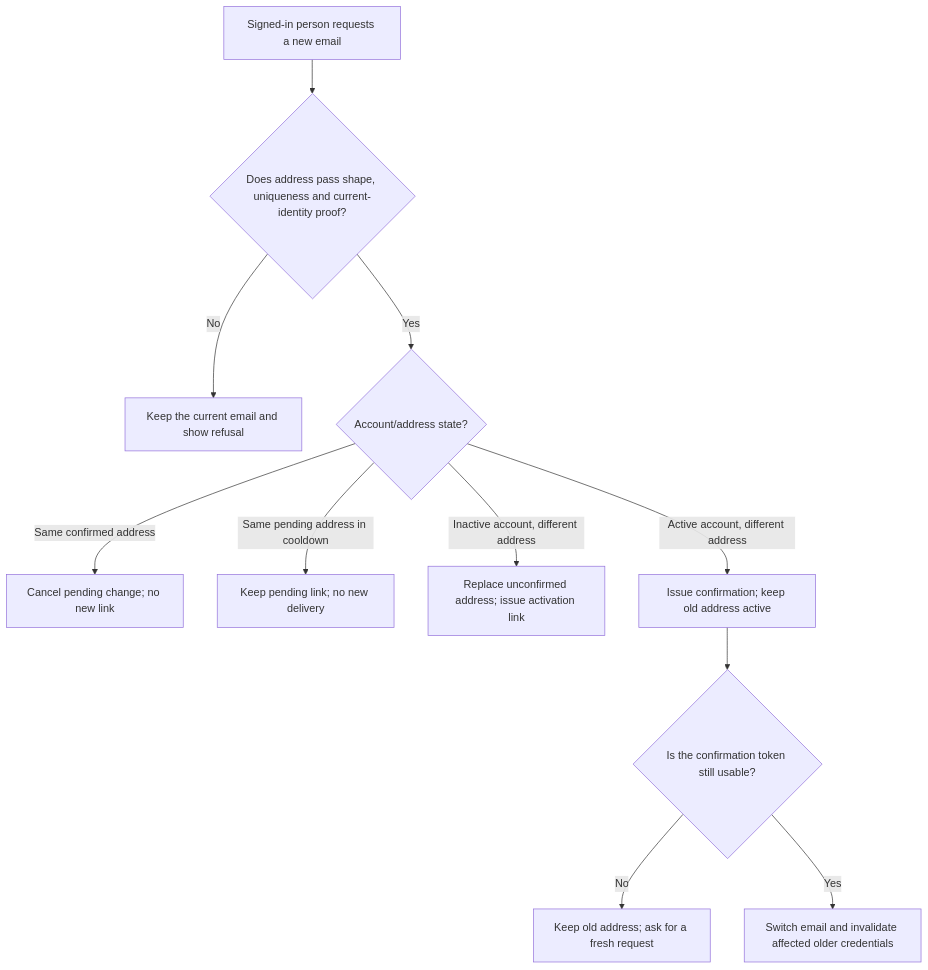
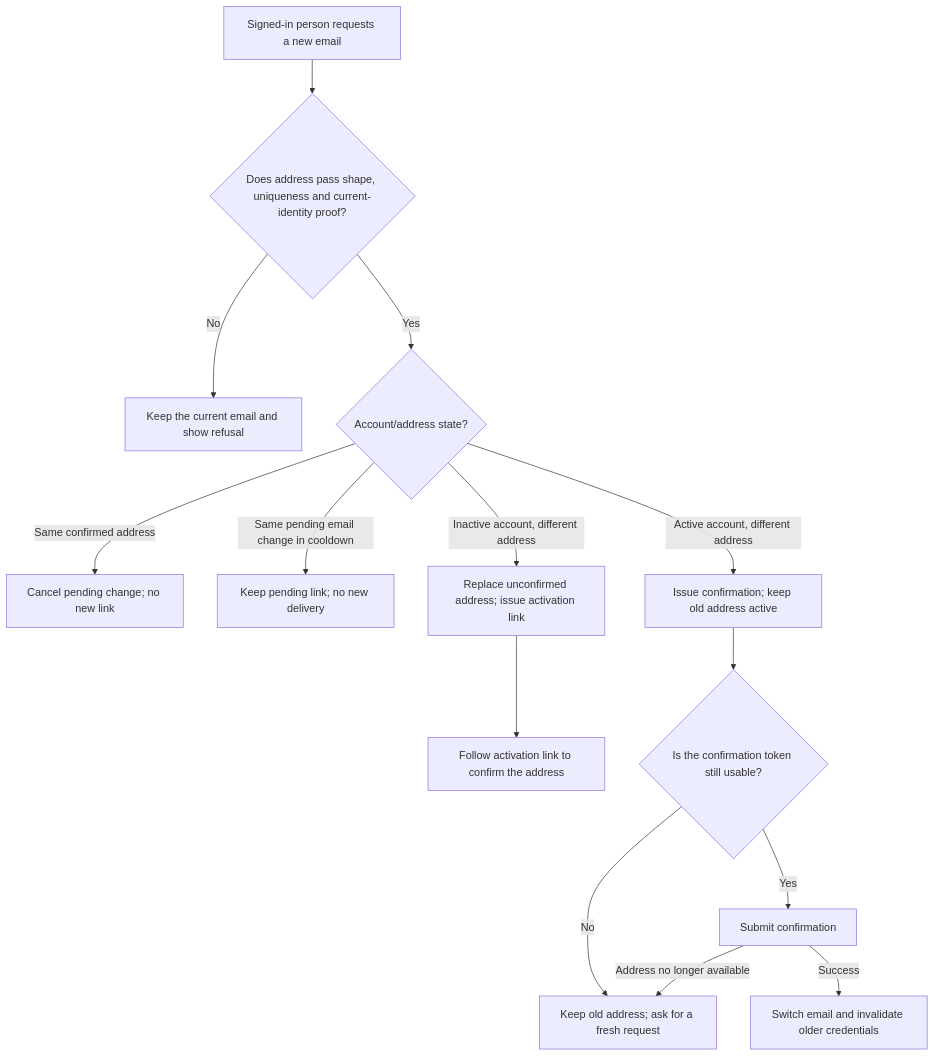
The first of 2 diagrams in user-stories/US-ACCOUNT-06-change-email.md (Kevinjohn/oss-adonisjs-account-kit), drawn with Mermaid before and after one commit. The commit also changed other lines of this file and 70 other files, not shown here.

````diff
--- a/user-stories/US-ACCOUNT-06-change-email.md
+++ b/user-stories/US-ACCOUNT-06-change-email.md
@@ -22,13 +24,16 @@
 ```mermaid
 flowchart TD
  A["Signed-in person requests a new email"] --> B{"Does address pass shape, uniqueness and current-identity proof?"}
  B -->|No| C["Keep the current email and show refusal"]
  B -->|Yes| S{"Account/address state?"}
  S -->|Same confirmed address| T["Cancel pending change; no new link"]
- S -->|Same pending address in cooldown| V["Keep pending link; no new delivery"]
+ S -->|Same pending email change in cooldown| V["Keep pending link; no new delivery"]
  S -->|Inactive account, different address| W["Replace unconfirmed address; issue activation link"]
+ W --> W2["Follow activation link to confirm the address"]
  S -->|Active account, different address| D["Issue confirmation; keep old address active"]
  D --> E{"Is the confirmation token still usable?"}
  E -->|No| F["Keep old address; ask for a fresh request"]
- E -->|Yes| G["Switch email and invalidate affected older credentials"]
+ E -->|Yes| G["Submit confirmation"]
+ G -->|Address no longer available| F
+ G -->|Success| X["Switch email and invalidate older credentials"]
 ```
````
